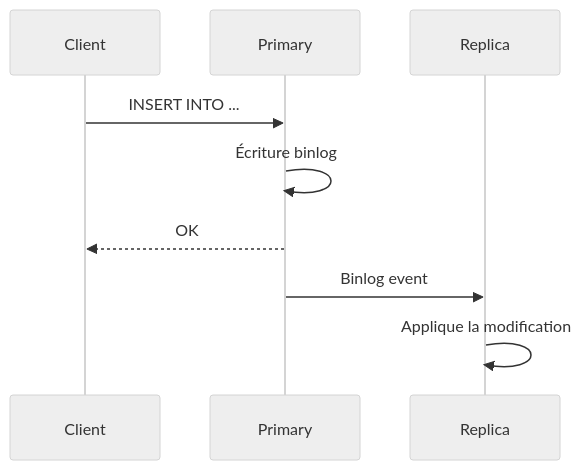
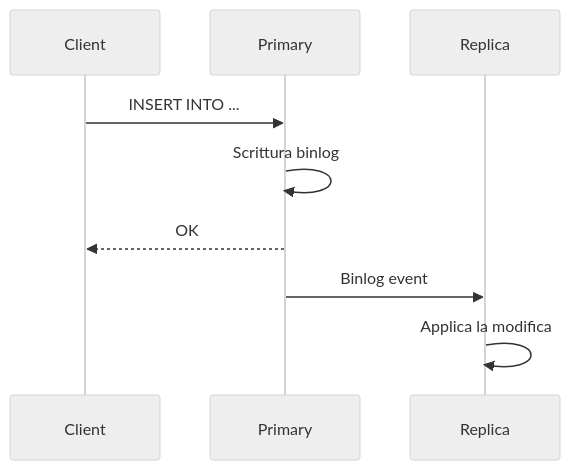
One commit to HidoraSwiss/hikube-public-doc changed the second of 2 diagrams in i18n/it/docusaurus-plugin-content-docs/current/services/databases/mysql/concepts.md. Above: the diagram before and after it, drawn with Mermaid (neutral theme). The commit also changed other lines of this file and 121 other files, not shown here.

````diff
--- a/i18n/it/docusaurus-plugin-content-docs/current/services/databases/mysql/concepts.md
+++ b/i18n/it/docusaurus-plugin-content-docs/current/services/databases/mysql/concepts.md
@@ -80,12 +80,12 @@
 ```mermaid
 sequenceDiagram
     participant Client
     participant Primary
     participant Replica
 
     Client->>Primary: INSERT INTO ...
-    Primary->>Primary: Écriture binlog
+    Primary->>Primary: Scrittura binlog
     Primary-->>Client: OK
     Primary->>Replica: Binlog event
-    Replica->>Replica: Applique la modification
+    Replica->>Replica: Applica la modifica
 ```
````
